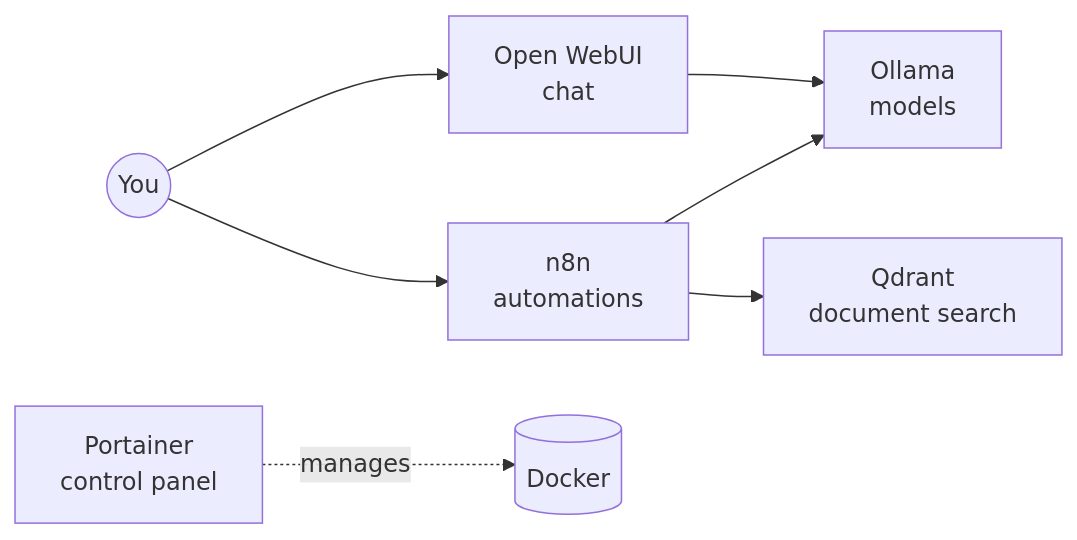
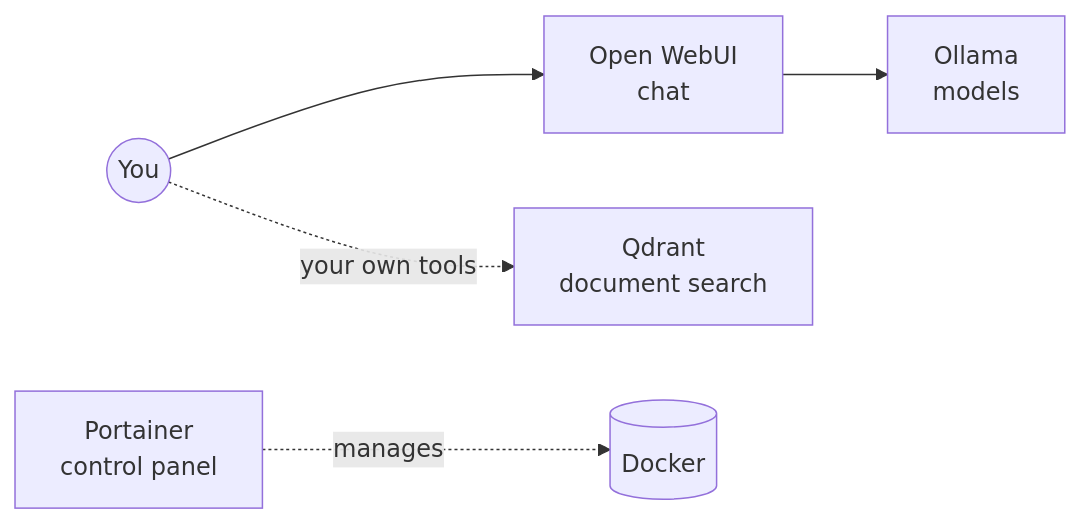
Before and after one commit to ozzyh420/ozzyh420: the diagram in home-ai-lab/README.md, drawn with Mermaid. The commit also changed other lines of this file and 7 other files, not shown here.

````diff
--- a/home-ai-lab/README.md
+++ b/home-ai-lab/README.md
@@ -19,9 +18,7 @@
 ```mermaid
 flowchart LR
   you((You)) --> webui["Open WebUI<br/>chat"]
-  you --> n8n["n8n<br/>automations"]
   webui --> ollama["Ollama<br/>models"]
-  n8n --> ollama
-  n8n --> qdrant["Qdrant<br/>document search"]
+  you -. your own tools .-> qdrant["Qdrant<br/>document search"]
   portainer["Portainer<br/>control panel"] -. manages .-> docker[("Docker")]
 ```
````
